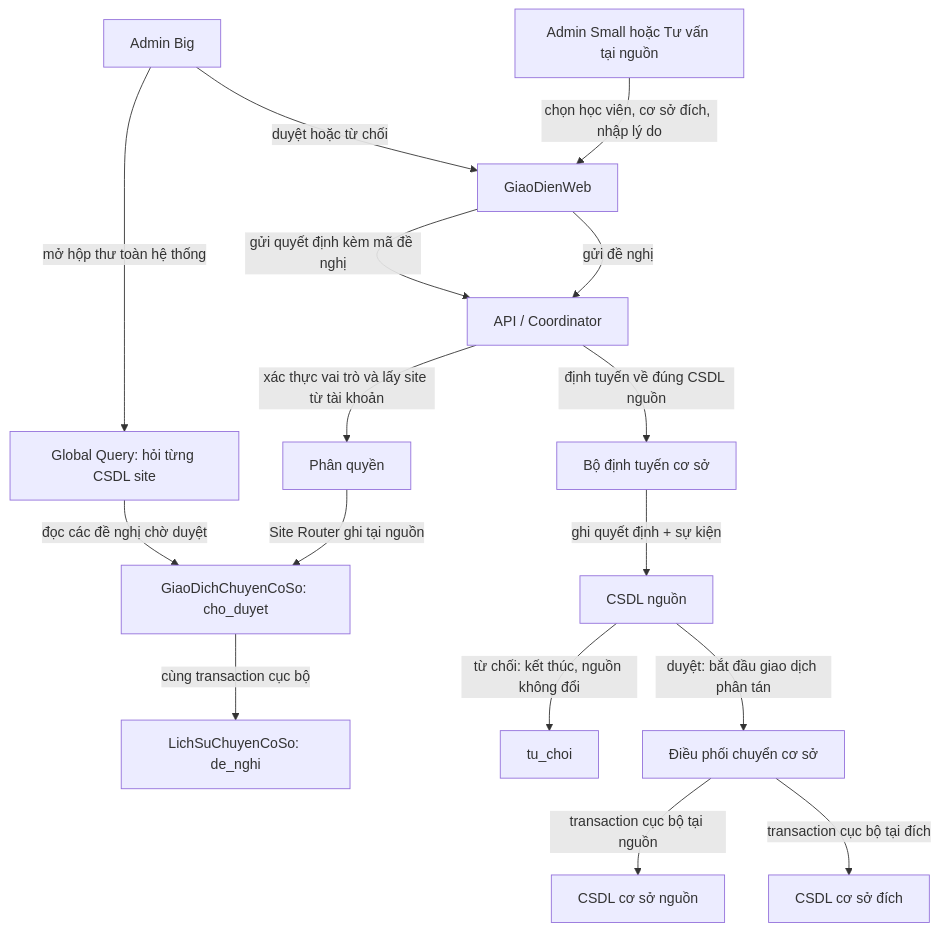
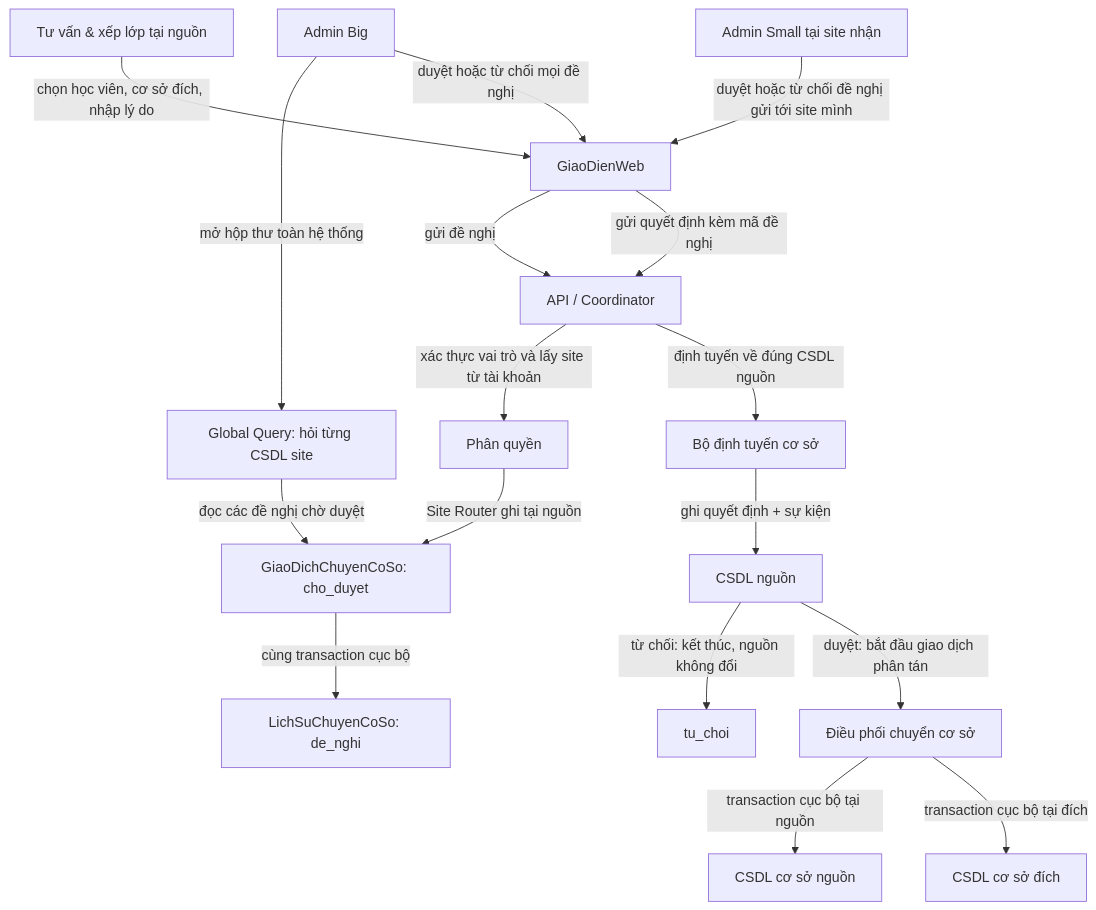
One commit to Quochieu2005/language-center-management changed diagram 12 of 23 in README.md. Above: the diagram before and after it, drawn with Mermaid. The commit also changed other lines of this file and 17 other files, not shown here.

````diff
--- a/README.md
+++ b/README.md
@@ -383,18 +383,19 @@
 ```mermaid
 flowchart TD
-    NguoiDeNghi["Admin Small hoặc Tư vấn tại nguồn"] -->|chọn học viên, cơ sở đích, nhập lý do| GiaoDienWeb["GiaoDienWeb"]
+    NguoiDeNghi["Tư vấn & xếp lớp tại nguồn"] -->|chọn học viên, cơ sở đích, nhập lý do| GiaoDienWeb["GiaoDienWeb"]
     GiaoDienWeb -->|gửi đề nghị| API["API / Coordinator"]
     API -->|xác thực vai trò và lấy site từ tài khoản| PhanQuyen["Phân quyền"]
     PhanQuyen -->|Site Router ghi tại nguồn| DeNghi["GiaoDichChuyenCoSo: cho_duyet"]
     DeNghi -->|cùng transaction cục bộ| SuKienDeNghi["LichSuChuyenCoSo: de_nghi"]
     Admin_Big["Admin Big"] -->|mở hộp thư toàn hệ thống| TruyVanToanCuc["Global Query: hỏi từng CSDL site"]
     TruyVanToanCuc -->|đọc các đề nghị chờ duyệt| DeNghi
-    Admin_Big -->|duyệt hoặc từ chối| GiaoDienWeb
+    Admin_Big -->|duyệt hoặc từ chối mọi đề nghị| GiaoDienWeb
+    Admin_Small["Admin Small tại site nhận"] -->|duyệt hoặc từ chối đề nghị gửi tới site mình| GiaoDienWeb
     GiaoDienWeb -->|gửi quyết định kèm mã đề nghị| API
     API -->|định tuyến về đúng CSDL nguồn| SiteRouter["Bộ định tuyến cơ sở"]
     SiteRouter -->|ghi quyết định + sự kiện| QuyetDinh["CSDL nguồn"]
     QuyetDinh -->|từ chối: kết thúc, nguồn không đổi| TuChoi["tu_choi"]
     QuyetDinh -->|duyệt: bắt đầu giao dịch phân tán| DieuPhoiChuyenCoSo["Điều phối chuyển cơ sở"]
     DieuPhoiChuyenCoSo -->|transaction cục bộ tại nguồn| CoSoNguon["CSDL cơ sở nguồn"]
     DieuPhoiChuyenCoSo -->|transaction cục bộ tại đích| CoSoDich["CSDL cơ sở đích"]
 ```
````
